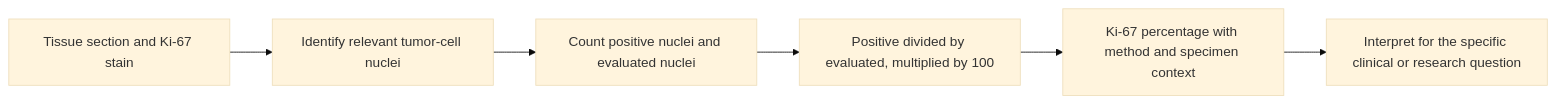
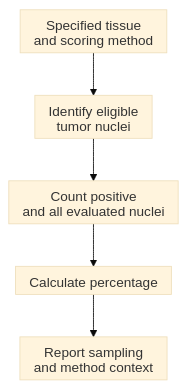
Before and after one commit to jasonLaster/oncoguide: the diagram in wiki/education/concepts/breast-cancer/grade-and-stage/ki-67.md, drawn with Mermaid (base theme). The commit also changed other lines of this file and 31 other files, not shown here.

````diff
--- a/wiki/education/concepts/breast-cancer/grade-and-stage/ki-67.md
+++ b/wiki/education/concepts/breast-cancer/grade-and-stage/ki-67.md
@@ -38,8 +38,8 @@
 ```mermaid
-flowchart LR
-    A["Tissue section and Ki-67 stain"] --> B["Identify relevant tumor-cell nuclei"]
-    B --> C["Count positive nuclei and evaluated nuclei"]
-    C --> D["Positive divided by evaluated, multiplied by 100"]
-    D --> E["Ki-67 percentage with method and specimen context"]
-    E --> F["Interpret for the specific clinical or research question"]
+%%{init: {"htmlLabels":false,"flowchart":{"htmlLabels":false,"padding":8,"nodeSpacing":25}}}%%
+flowchart TD
+    A["Specified tissue<br/>and scoring method"] --> B["Identify eligible<br/>tumor nuclei"]
+    B --> C["Count positive<br/>and all evaluated nuclei"]
+    C --> D["Calculate percentage"]
+    D --> E["Report sampling<br/>and method context"]
 ```
````
